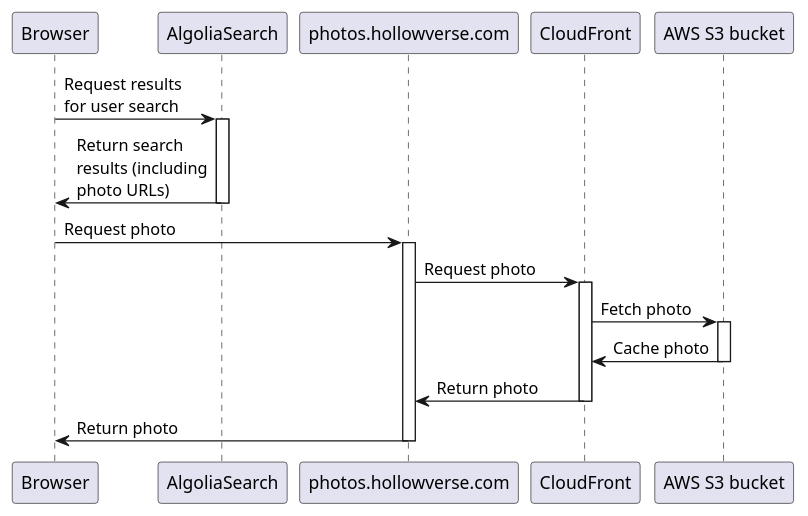
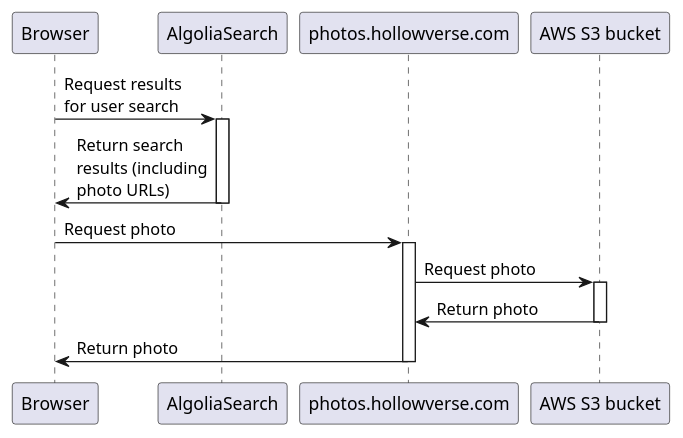
Before and after one commit to hollowverse-archive/architecture: the diagram in architectures/diagrams/afterDownloadingIndexHtmlSearchPage.puml, drawn with PlantUML. The commit also changed 9 other files, not shown here.

```diff
--- a/architectures/diagrams/afterDownloadingIndexHtmlSearchPage.puml
+++ b/architectures/diagrams/afterDownloadingIndexHtmlSearchPage.puml
@@ -1,24 +1,19 @@
 @startuml
 participant Browser as browser
 participant AlgoliaSearch as algolia
 participant "photos.hollowverse.com" as photos
-participant CloudFront as cf
 participant "AWS S3 bucket" as s3
 
 browser -> algolia: Request results\nfor user search
 activate algolia
 algolia -> browser: Return search\nresults (including\nphoto URLs)
 deactivate algolia
 browser -> photos: Request photo
 activate photos
-photos -> cf: Request photo
-activate cf
-cf -> s3: Fetch photo
+photos -> s3: Request photo
 activate s3
-s3 -> cf: Cache photo
+s3 -> photos: Return photo
 deactivate s3
-cf -> photos: Return photo
-deactivate cf
 photos -> browser: Return photo
 deactivate photos
 @enduml
```
